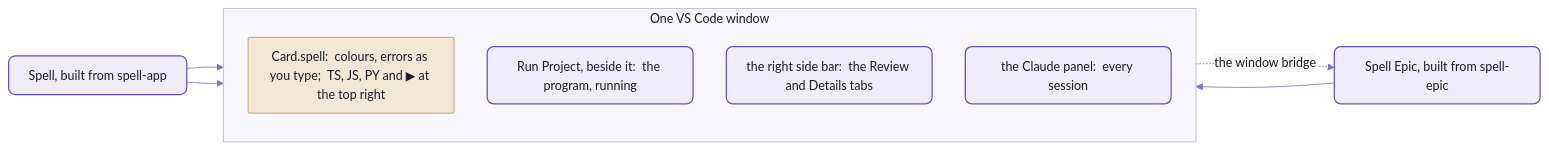
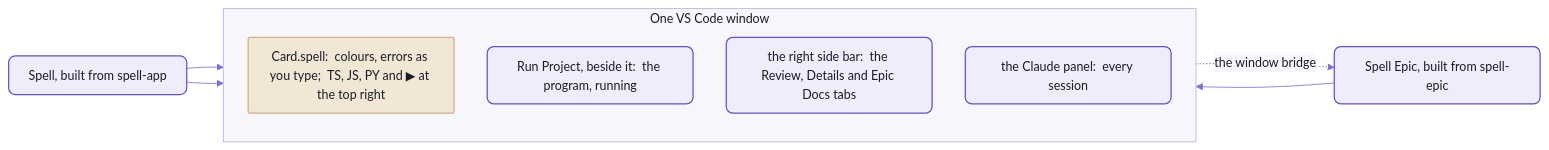
The first of 2 diagrams in README-vscode.md (spell-app/spell), drawn with Mermaid before and after one commit. The commit also changed other lines of this file and 28 other files, not shown here.

First line of the commit message:
epic-engine:  three side-bar tabs -- Review wears the Spell hat, Details, and Epic Docs (a book, the epic READMEs);  the first crumb reads "Spell Epic";  the epics home's cards stand alone, Epic Documentation in place of Templates

````diff
--- a/README-vscode.md
+++ b/README-vscode.md
@@ -135,19 +135,19 @@
 ```mermaid
 %%{init: {"theme":"base","themeVariables":{"fontFamily":"-apple-system, BlinkMacSystemFont, Segoe UI, Helvetica, Arial, sans-serif","fontSize":"15px","primaryColor":"#EFECFB","primaryBorderColor":"#6550CA","primaryTextColor":"#1A1C27","secondaryColor":"#F4F1E9","tertiaryColor":"#F7F6FC","lineColor":"#7F6FD6","textColor":"#7F6FD6","clusterBkg":"#F7F6FC","clusterBorder":"#B9B0E8","titleColor":"#1A1C27","edgeLabelBackground":"#F7F6FC","actorBkg":"#EFECFB","actorBorder":"#6550CA","actorTextColor":"#1A1C27","actorLineColor":"#9C90DE","signalColor":"#7F6FD6","signalTextColor":"#7F6FD6","labelBoxBkgColor":"#EFECFB","labelBoxBorderColor":"#6550CA","labelTextColor":"#1A1C27","loopTextColor":"#7F6FD6","noteBkgColor":"#F1E7D4","noteBorderColor":"#C9B48A","noteTextColor":"#1A1C27","activationBkgColor":"#DCD6F7","activationBorderColor":"#6550CA","sequenceNumberColor":"#FFFFFF"},"flowchart":{"curve":"basis","padding":12,"nodeSpacing":40,"rankSpacing":44}}}%%
 flowchart LR
   subgraph window["One VS Code window"]
     direction TB
     file["Card.spell:  colours, errors as you type;  TS, JS, PY and ▶ at the top right"]
     run["Run Project, beside it:  the program, running"]
-    bar["the right side bar:  the Review and Details tabs"]
+    bar["the right side bar:  the Review, Details and Epic Docs tabs"]
     claude["the Claude panel:  every session"]
   end
   spell["Spell, built from spell-app"] --> file
   spell --> run
   epic["Spell Epic, built from spell-epic"] --> bar
   claude -. "the window bridge" .-> epic
   %% the Spell look:  yarn mermaid:pretty
   classDef default fill:#EFECFB,stroke:#6550CA,stroke-width:1.5px,color:#1A1C27,rx:8px,ry:8px
   classDef data fill:#F1E7D4,stroke:#C9B48A,stroke-width:1.5px,color:#1A1C27,rx:2px,ry:2px
   class file data
 ```
````
